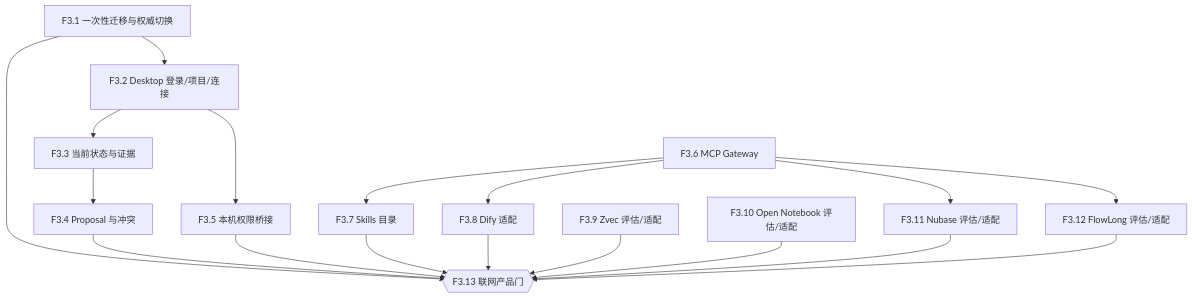
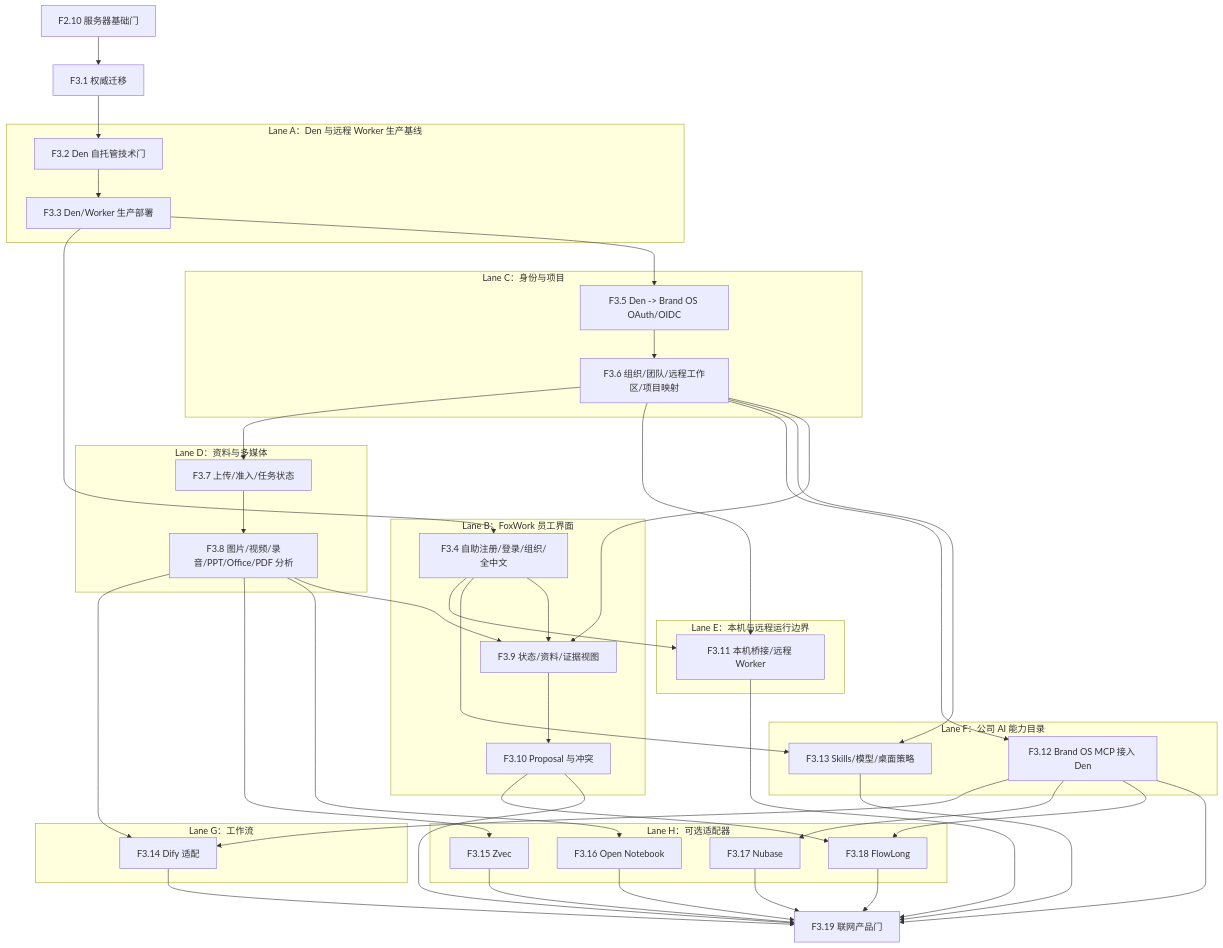
One commit to xingranya/fox changed the third of 5 diagrams in docs/plan/dependency-graph.md. Above: the diagram before and after it, drawn with Mermaid. The commit also changed other lines of this file and 43 other files, not shown here.

First line of the commit message:
docs(spec): 统一 Den 与 Brand OS 活动规划

````diff
--- a/docs/plan/dependency-graph.md
+++ b/docs/plan/dependency-graph.md
@@ -89,24 +42,62 @@
 ```mermaid
 flowchart TD
-    F31["F3.1 一次性迁移与权威切换"] --> F32["F3.2 Desktop 登录/项目/连接"]
-    F32 --> F33["F3.3 当前状态与证据"] --> F34["F3.4 Proposal 与冲突"]
-    F32 --> F35["F3.5 本机权限桥接"]
+    F210["F2.10 服务器基础门"] --> F31["F3.1 权威迁移"]
+    F31 --> F32["F3.2 Den 自托管技术门"]
 
-    F36["F3.6 MCP Gateway"] --> F37["F3.7 Skills 目录"]
-    F36 --> F38["F3.8 Dify 适配"]
-    F36 --> F311["F3.11 Nubase 评估/适配"]
-    F36 --> F312["F3.12 FlowLong 评估/适配"]
-    F39["F3.9 Zvec 评估/适配"]
-    F310["F3.10 Open Notebook 评估/适配"]
+    subgraph A["Lane A：Den 与远程 Worker 生产基线"]
+        F32 --> F33["F3.3 Den/Worker 生产部署"]
+    end
 
-    G3{{"F3.13 联网产品门"}}
-    F31 --> G3
-    F34 --> G3
-    F35 --> G3
-    F37 --> G3
-    F38 --> G3
-    F39 --> G3
-    F310 --> G3
-    F311 --> G3
-    F312 --> G3
+    subgraph B["Lane B：FoxWork 员工界面"]
+        F33 --> F34["F3.4 自助注册/登录/组织/全中文"]
+        F39["F3.9 状态/资料/证据视图"] --> F310["F3.10 Proposal 与冲突"]
+    end
+
+    subgraph C["Lane C：身份与项目"]
+        F33 --> F35["F3.5 Den -> Brand OS OAuth/OIDC"]
+        F35 --> F36["F3.6 组织/团队/远程工作区/项目映射"]
+    end
+
+    subgraph D["Lane D：资料与多媒体"]
+        F36 --> F37["F3.7 上传/准入/任务状态"]
+        F37 --> F38["F3.8 图片/视频/录音/PPT/Office/PDF 分析"]
+    end
+
+    subgraph E["Lane E：本机与远程运行边界"]
+        F34 --> F311["F3.11 本机桥接/远程 Worker"]
+        F36 --> F311
+    end
+
+    subgraph F["Lane F：公司 AI 能力目录"]
+        F36 --> F312["F3.12 Brand OS MCP 接入 Den"]
+        F34 --> F313["F3.13 Skills/模型/桌面策略"]
+        F36 --> F313
+    end
+
+    subgraph G["Lane G：工作流"]
+        F38 --> F314["F3.14 Dify 适配"]
+        F312 --> F314
+    end
+
+    subgraph H["Lane H：可选适配器"]
+        F38 --> F315["F3.15 Zvec"]
+        F38 --> F316["F3.16 Open Notebook"]
+        F312 --> F317["F3.17 Nubase"]
+        F310 --> F318["F3.18 FlowLong"]
+        F312 --> F318
+    end
+
+    F34 --> F39
+    F36 --> F39
+    F38 --> F39
+
+    F310 --> F319["F3.19 联网产品门"]
+    F311 --> F319
+    F312 --> F319
+    F313 --> F319
+    F314 --> F319
+    F315 --> F319
+    F316 --> F319
+    F317 --> F319
+    F318 --> F319
 ```
````
